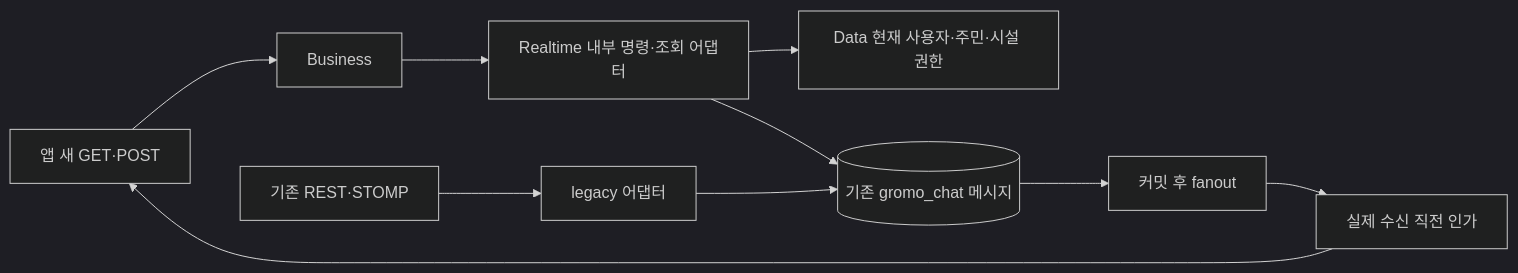
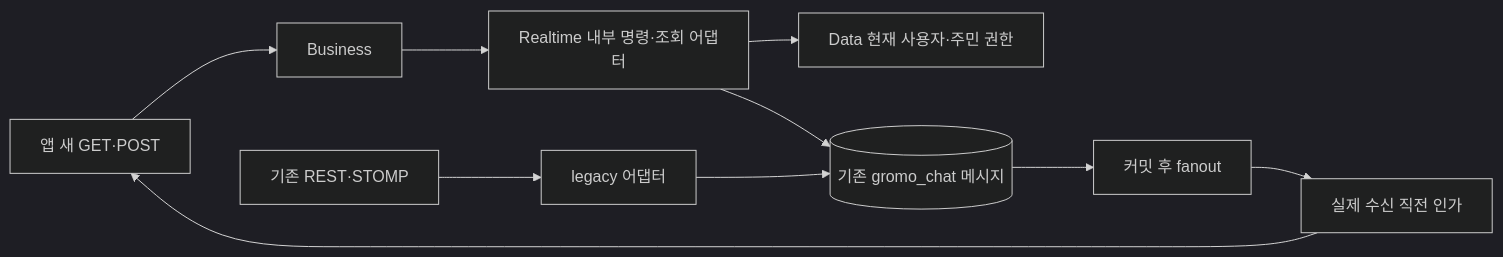
Before and after one commit to OneOrThree/phone: the first of 2 diagrams in docs/prd/fishcat/island-mailbox/high-level-design.md, drawn with Mermaid (dark theme). The commit also changed other lines of this file and 4 other files, not shown here.

````diff
--- a/docs/prd/fishcat/island-mailbox/high-level-design.md
+++ b/docs/prd/fishcat/island-mailbox/high-level-design.md
@@ -7,12 +7,12 @@
 ```mermaid
 flowchart LR
     A[앱 새 GET·POST] --> B[Business]
     B --> I[Realtime 내부 명령·조회 어댑터]
-    I --> G[Data 현재 사용자·주민·시설 권한]
+    I --> G[Data 현재 사용자·주민 권한]
     I --> DB[(기존 gromo_chat 메시지)]
     DB --> F[커밋 후 fanout]
     F --> R[실제 수신 직전 인가]
     R --> A
     L[기존 REST·STOMP] --> C[legacy 어댑터]
     C --> DB
 ```
````
